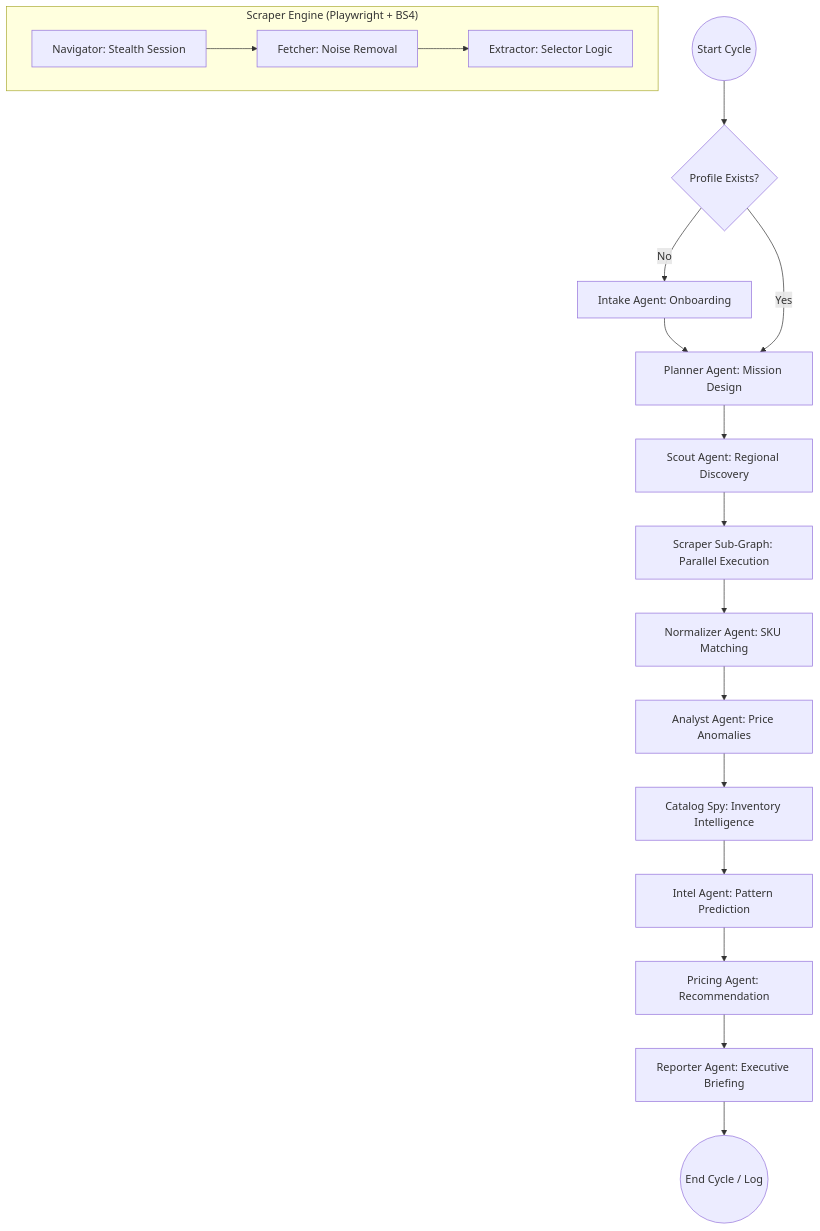
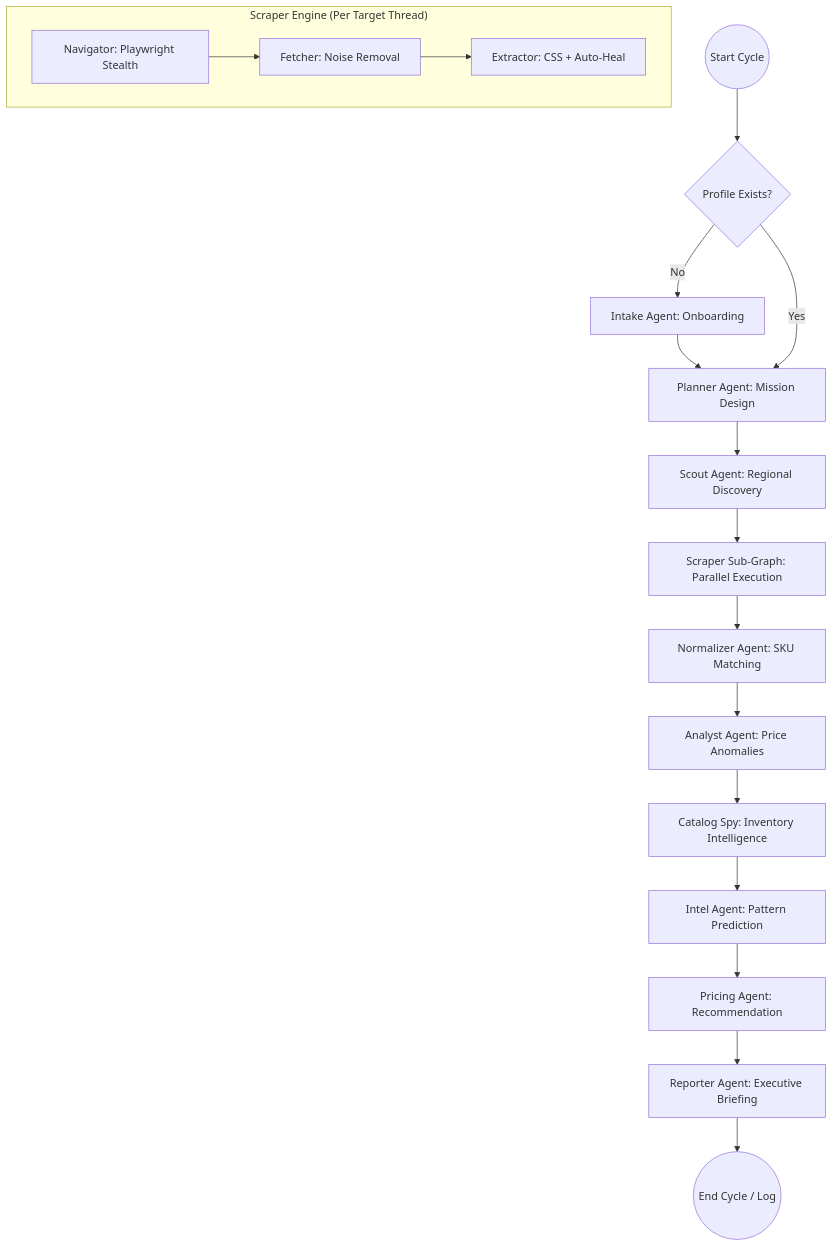
The diagram in readme.md (selva54321-bit/retail-agent), drawn with Mermaid before and after one commit.

````diff
--- a/readme.md
+++ b/readme.md
@@ -11,25 +11,26 @@
 ```mermaid
 graph TD
     START((Start Cycle)) --> INTAKE{Profile Exists?}
     
     INTAKE -- No --> ONBOARD[Intake Agent: Onboarding]
     ONBOARD --> PLANNER
     INTAKE -- Yes --> PLANNER[Planner Agent: Mission Design]
     
     PLANNER --> SCOUT[Scout Agent: Regional Discovery]
     SCOUT --> SCRAPER[Scraper Sub-Graph: Parallel Execution]
     
-    subgraph "Scraper Engine (Playwright + BS4)"
-        NAV[Navigator: Stealth Session] --> FETCH[Fetcher: Noise Removal]
-        FETCH --> EXTRACT[Extractor: Selector Logic]
+    subgraph "Scraper Engine (Per Target Thread)"
+        direction LR
+        NAV[Navigator: Playwright Stealth] --> FETCH[Fetcher: Noise Removal]
+        FETCH --> EXTRACT[Extractor: CSS + Auto-Heal]
     end
     
     SCRAPER --> NORM[Normalizer Agent: SKU Matching]
     NORM --> ANALYST[Analyst Agent: Price Anomalies]
     ANALYST --> SPY[Catalog Spy: Inventory Intelligence]
     SPY --> INTEL[Intel Agent: Pattern Prediction]
     INTEL --> PRICING[Pricing Agent: Recommendation]
     
     PRICING --> REPORT[Reporter Agent: Executive Briefing]
     REPORT --> LOG((End Cycle / Log))
 ```
````
